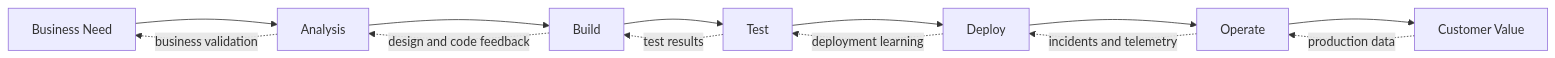
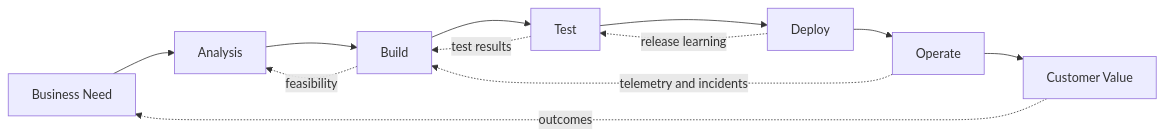
One commit to sansoo1972/thephoenixproject_guide changed the second of 6 diagrams in Phoenix_Project_Study_Guide.md. Above: the diagram before and after it, drawn with Mermaid. The commit also changed other lines of this file, not shown here.

````diff
--- a/Phoenix_Project_Study_Guide.md
+++ b/Phoenix_Project_Study_Guide.md
@@ -126,10 +121,9 @@
 ```mermaid
 flowchart LR
     A[Business Need] --> B[Analysis] --> C[Build] --> D[Test] --> E[Deploy] --> F[Operate] --> G[Customer Value]
-    G -. production data .-> F
-    F -. incidents and telemetry .-> E
-    E -. deployment learning .-> D
+    G -. outcomes .-> A
+    F -. telemetry and incidents .-> C
+    E -. release learning .-> D
     D -. test results .-> C
-    C -. design and code feedback .-> B
-    B -. business validation .-> A
+    C -. feasibility .-> B
 ```
````
